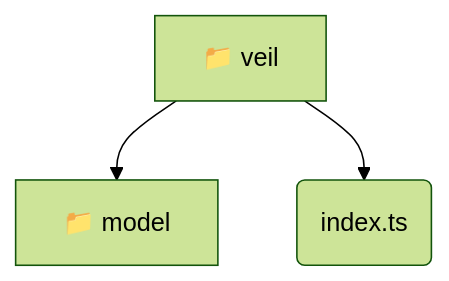
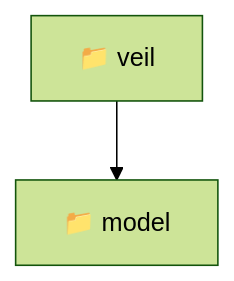
Before and after one commit to beginwebdev2002/fullstack-mavluda: the diagram in frontend/src/features/veil/README.md, drawn with Mermaid (forest theme). The commit also changed other lines of this file and 163 other files, not shown here.

````diff
--- a/frontend/src/features/veil/README.md
+++ b/frontend/src/features/veil/README.md
@@ -11,6 +10,5 @@
 ```mermaid
 graph TD
-  veil[📁 veil]
-  veil --> veil_model[📁 model]
-  veil --> veil_index_ts(index.ts)
+  Root["📁 veil"]
+  Root --> model["📁 model"]
 ```
````
